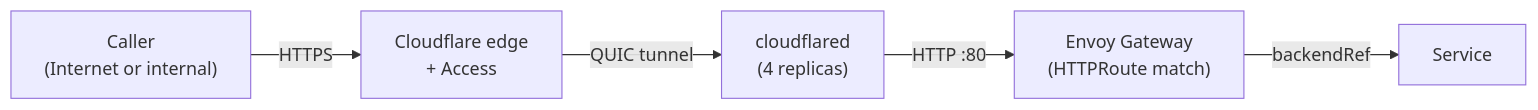
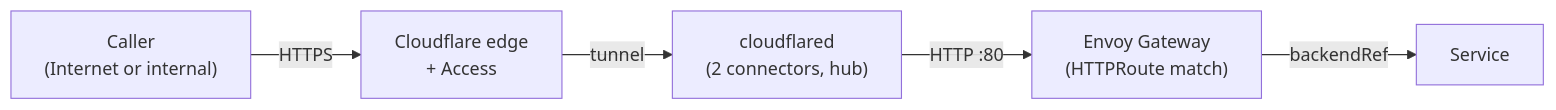
One commit to jomcgi-org/homelab changed the diagram in projects/platform/ARCHITECTURE.md. Above: the diagram before and after it, drawn with Mermaid. The commit also changed other lines of this file and 49 other files, not shown here.

````diff
--- a/projects/platform/ARCHITECTURE.md
+++ b/projects/platform/ARCHITECTURE.md
@@ -13,13 +41,13 @@
 ```mermaid
 graph LR
     A["Caller<br/>(Internet or internal)"]
     B["Cloudflare edge<br/>+ Access"]
-    C["cloudflared<br/>(4 replicas)"]
+    C["cloudflared<br/>(2 connectors, hub)"]
     D["Envoy Gateway<br/>(HTTPRoute match)"]
     E["Service"]
 
     A -->|HTTPS| B
-    B -->|QUIC tunnel| C
+    B -->|tunnel| C
     C -->|HTTP :80| D
     D -->|backendRef| E
 ```
````
